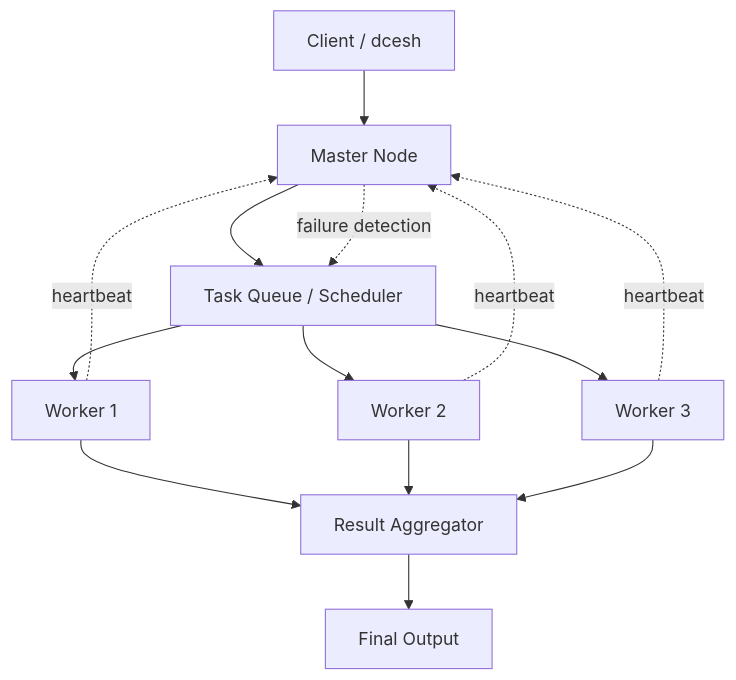
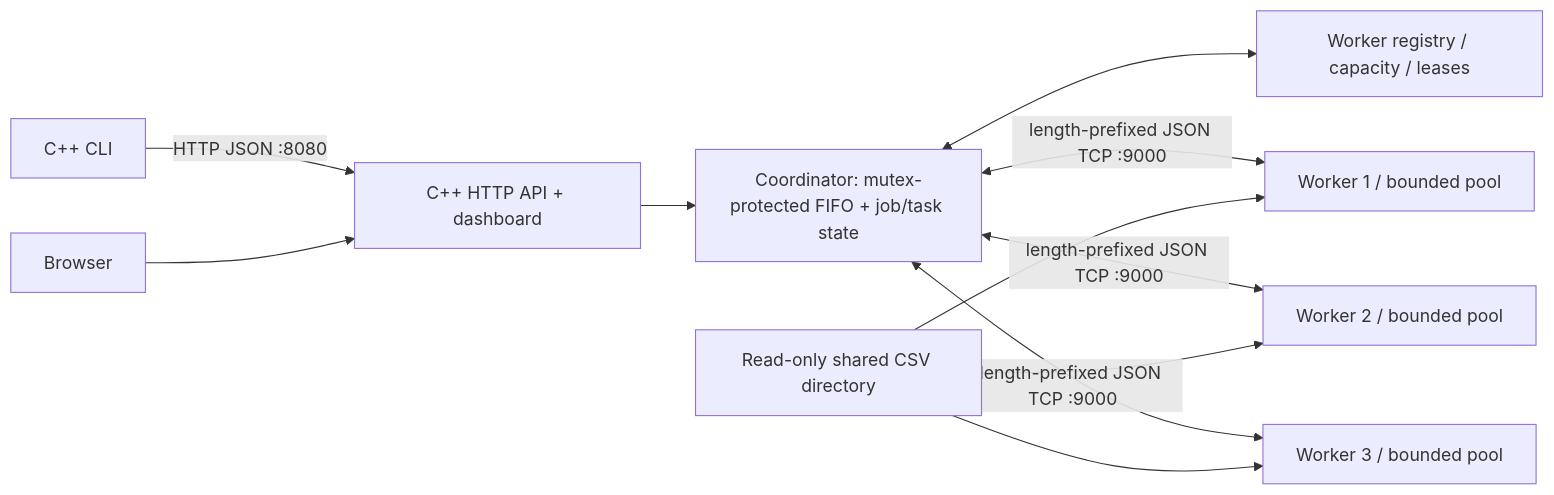
One commit to Sourya-Prabaharan/dce changed the diagram in README.md. Above: the diagram before and after it, drawn with Mermaid. The commit also changed other lines of this file and 90 other files, not shown here.

````diff
--- a/README.md
+++ b/README.md
@@ -41,16 +54,13 @@
 ```mermaid
-flowchart TD
-    Client[Client / dcesh] --> Master[Master Node]
-    Master --> Queue[Task Queue / Scheduler]
-    Queue --> W1[Worker 1]
-    Queue --> W2[Worker 2]
-    Queue --> W3[Worker 3]
-    W1 --> Aggregator[Result Aggregator]
-    W2 --> Aggregator
-    W3 --> Aggregator
-    Aggregator --> Output[Final Output]
-    W1 -. heartbeat .-> Master
-    W2 -. heartbeat .-> Master
-    W3 -. heartbeat .-> Master
-    Master -. failure detection .-> Queue
+flowchart LR
+    CLI[C++ CLI] -->|HTTP JSON :8080| API[C++ HTTP API + dashboard]
+    Browser[Browser] --> API
+    API --> Scheduler[Coordinator: mutex-protected FIFO + job/task state]
+    Scheduler <--> Registry[Worker registry / capacity / leases]
+    Scheduler <-->|length-prefixed JSON TCP :9000| W1[Worker 1 / bounded pool]
+    Scheduler <-->|length-prefixed JSON TCP :9000| W2[Worker 2 / bounded pool]
+    Scheduler <-->|length-prefixed JSON TCP :9000| W3[Worker 3 / bounded pool]
+    Data[Read-only shared CSV directory] --> W1
+    Data --> W2
+    Data --> W3
 ```
````
